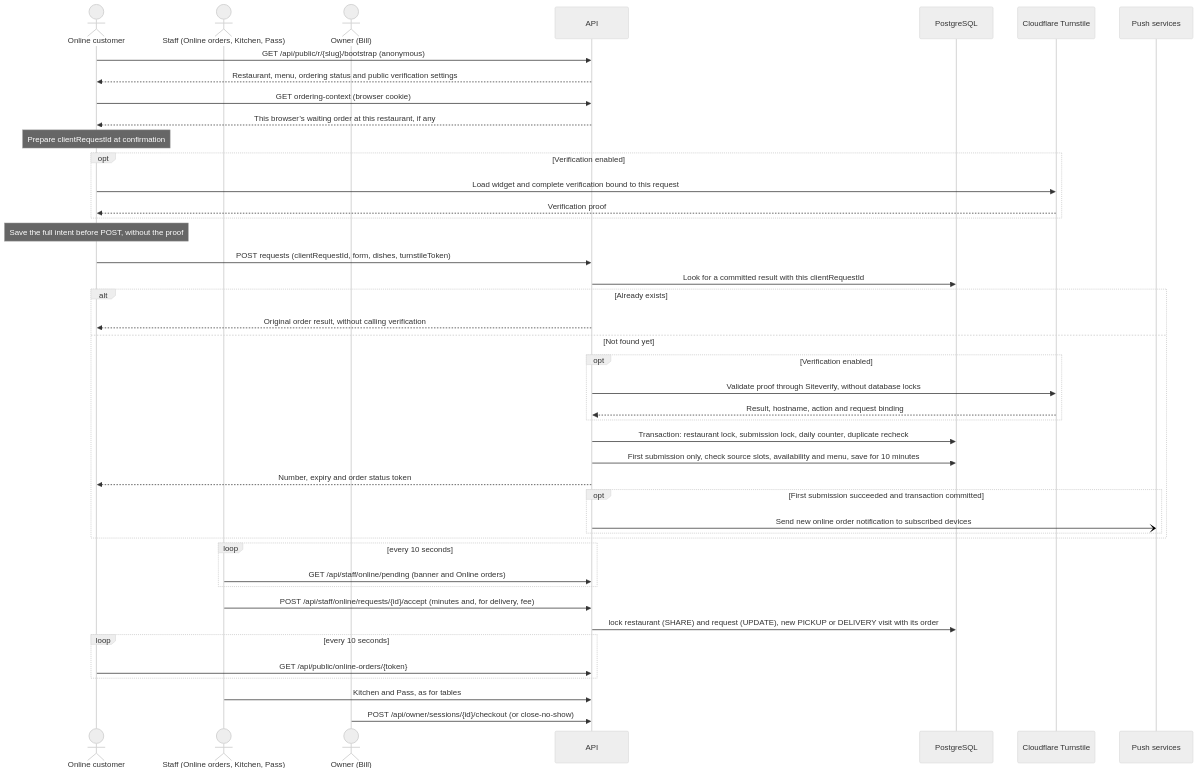
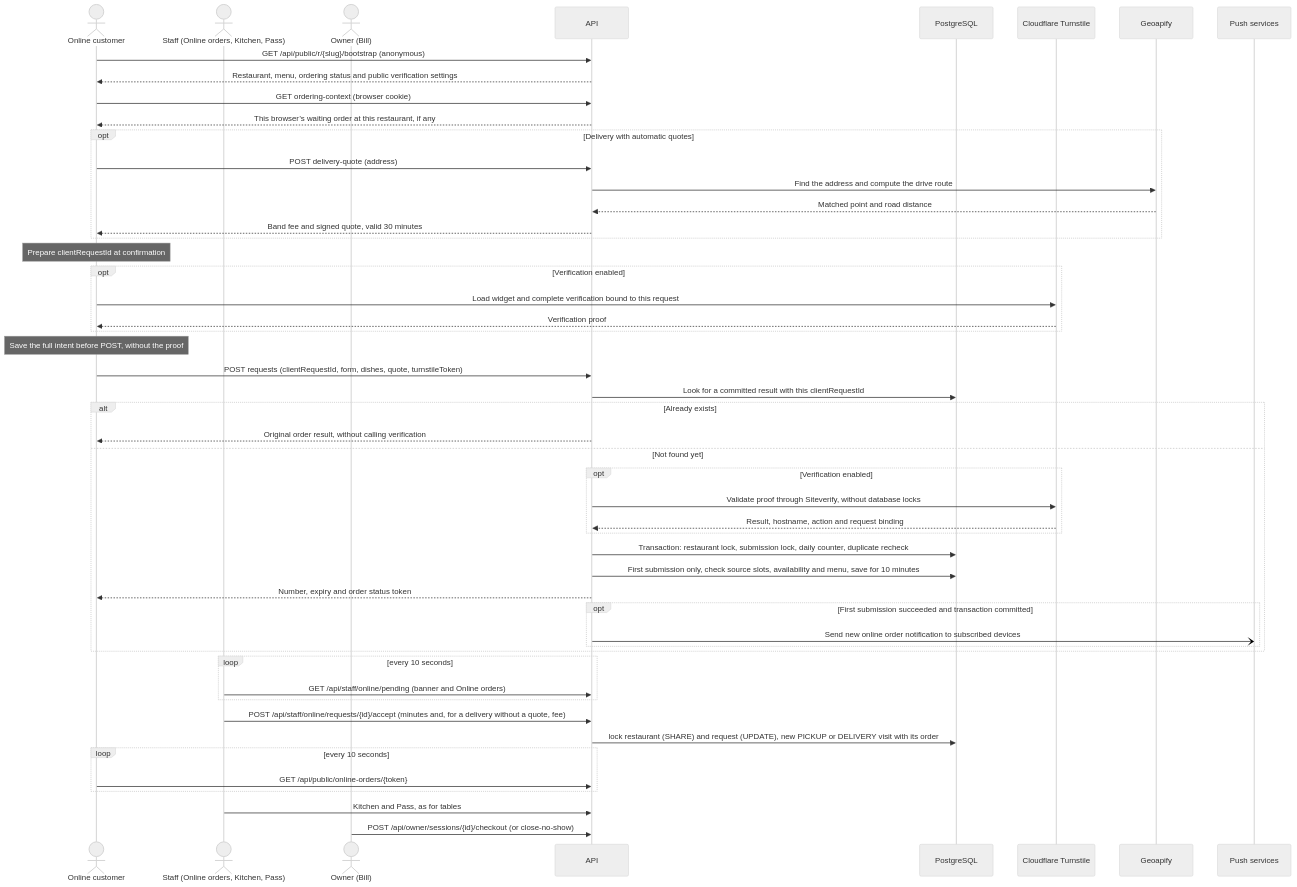
The fourth of 5 diagrams in docs/en/development-notes.md (lorenzoyang/TavoloFlow), drawn with Mermaid (neutral theme) before and after one commit. The commit also changed other lines of this file and 14 other files, not shown here.

First line of the commit message:
docs: delivery quotes and guides for the delivery fee

````diff
--- a/docs/en/development-notes.md
+++ b/docs/en/development-notes.md
@@ -395,47 +396,54 @@
 ```mermaid
 sequenceDiagram
   actor C as Online customer
   actor S as Staff (Online orders, Kitchen, Pass)
   actor T as Owner (Bill)
   participant A as API
   participant D as PostgreSQL
   participant V as Cloudflare Turnstile
+  participant G as Geoapify
   participant P as Push services
 
   C->>A: GET /api/public/r/{slug}/bootstrap (anonymous)
   A-->>C: Restaurant, menu, ordering status and public verification settings
   C->>A: GET ordering-context (browser cookie)
   A-->>C: This browser’s waiting order at this restaurant, if any
+  opt Delivery with automatic quotes
+    C->>A: POST delivery-quote (address)
+    A->>G: Find the address and compute the drive route
+    G-->>A: Matched point and road distance
+    A-->>C: Band fee and signed quote, valid 30 minutes
+  end
   Note over C: Prepare clientRequestId at confirmation
   opt Verification enabled
     C->>V: Load widget and complete verification bound to this request
     V-->>C: Verification proof
   end
   Note over C: Save the full intent before POST, without the proof
-  C->>A: POST requests (clientRequestId, form, dishes, turnstileToken)
+  C->>A: POST requests (clientRequestId, form, dishes, quote, turnstileToken)
   A->>D: Look for a committed result with this clientRequestId
   alt Already exists
     A-->>C: Original order result, without calling verification
   else Not found yet
     opt Verification enabled
       A->>V: Validate proof through Siteverify, without database locks
       V-->>A: Result, hostname, action and request binding
     end
     A->>D: Transaction: restaurant lock, submission lock, daily counter, duplicate recheck
     A->>D: First submission only, check source slots, availability and menu, save for 10 minutes
     A-->>C: Number, expiry and order status token
     opt First submission succeeded and transaction committed
       A-)P: Send new online order notification to subscribed devices
     end
   end
   loop every 10 seconds
     S->>A: GET /api/staff/online/pending (banner and Online orders)
   end
-  S->>A: POST /api/staff/online/requests/{id}/accept (minutes and, for delivery, fee)
+  S->>A: POST /api/staff/online/requests/{id}/accept (minutes and, for a delivery without a quote, fee)
   A->>D: lock restaurant (SHARE) and request (UPDATE), new PICKUP or DELIVERY visit with its order
   loop every 10 seconds
     C->>A: GET /api/public/online-orders/{token}
   end
   S->>A: Kitchen and Pass, as for tables
   T->>A: POST /api/owner/sessions/{id}/checkout (or close-no-show)
 ```
````
